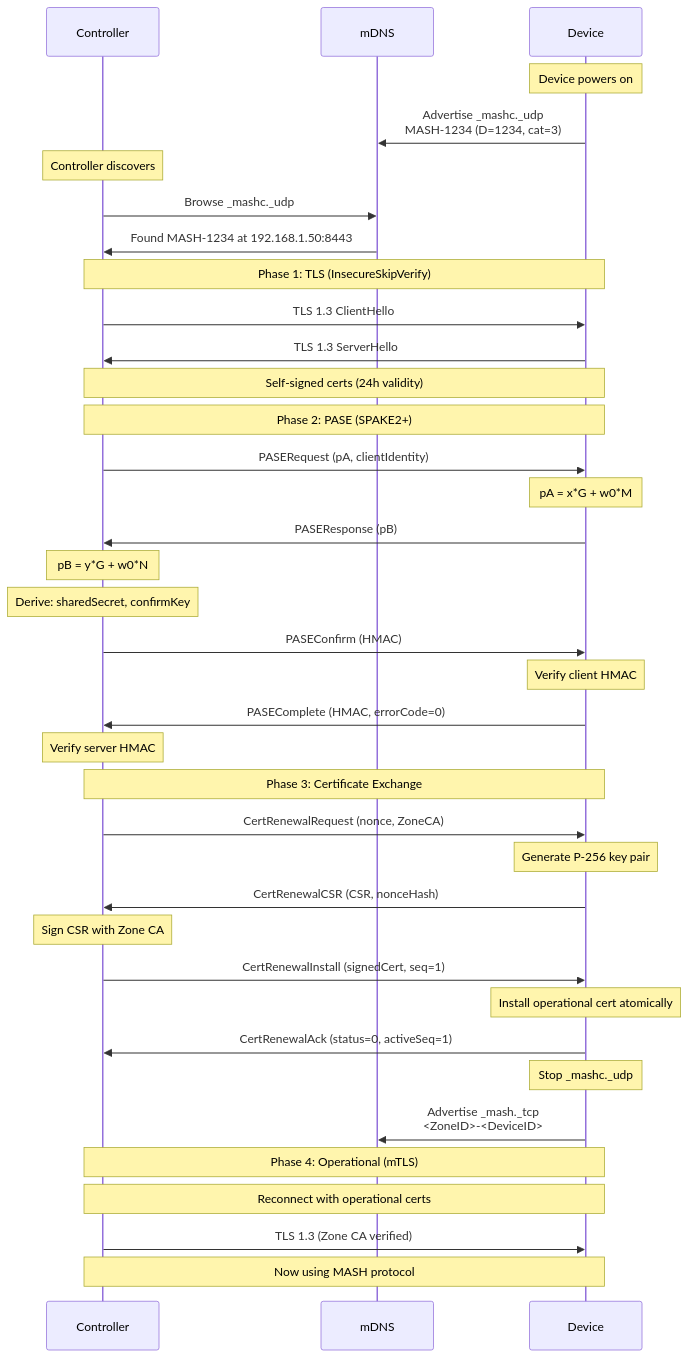
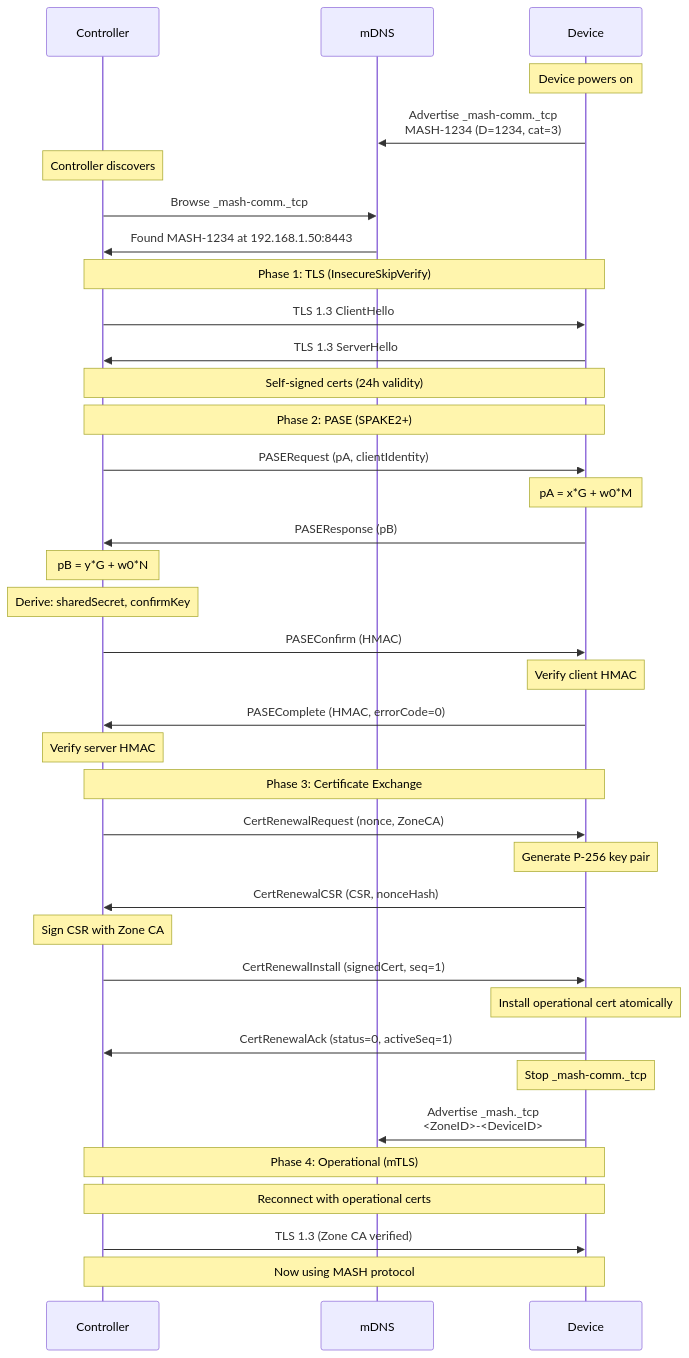
The tenth of 27 diagrams in docs/stack-architecture.md (DerAndereAndi/mash), drawn with Mermaid before and after one commit. The commit also changed other lines of this file and 12 other files, not shown here.

````diff
--- a/docs/stack-architecture.md
+++ b/docs/stack-architecture.md
@@ -663,46 +663,46 @@
 ```mermaid
 sequenceDiagram
     participant C as Controller
     participant DNS as mDNS
     participant D as Device
 
     Note over D: Device powers on
-    D->>DNS: Advertise _mashc._udp<br/>MASH-1234 (D=1234, cat=3)
+    D->>DNS: Advertise _mash-comm._tcp<br/>MASH-1234 (D=1234, cat=3)
 
     Note over C: Controller discovers
-    C->>DNS: Browse _mashc._udp
+    C->>DNS: Browse _mash-comm._tcp
     DNS->>C: Found MASH-1234 at 192.168.1.50:8443
 
     Note over C,D: Phase 1: TLS (InsecureSkipVerify)
     C->>D: TLS 1.3 ClientHello
     D->>C: TLS 1.3 ServerHello
     Note over C,D: Self-signed certs (24h validity)
 
     Note over C,D: Phase 2: PASE (SPAKE2+)
     C->>D: PASERequest (pA, clientIdentity)
     Note over D: pA = x*G + w0*M
     D->>C: PASEResponse (pB)
     Note over C: pB = y*G + w0*N
     Note over C: Derive: sharedSecret, confirmKey
     C->>D: PASEConfirm (HMAC)
     Note over D: Verify client HMAC
     D->>C: PASEComplete (HMAC, errorCode=0)
     Note over C: Verify server HMAC
 
     Note over C,D: Phase 3: Certificate Exchange
     C->>D: CertRenewalRequest (nonce, ZoneCA)
     Note over D: Generate P-256 key pair
     D->>C: CertRenewalCSR (CSR, nonceHash)
     Note over C: Sign CSR with Zone CA
     C->>D: CertRenewalInstall (signedCert, seq=1)
     Note over D: Install operational cert atomically
     D->>C: CertRenewalAck (status=0, activeSeq=1)
 
-    Note over D: Stop _mashc._udp
+    Note over D: Stop _mash-comm._tcp
     D->>DNS: Advertise _mash._tcp<br/><ZoneID>-<DeviceID>
 
     Note over C,D: Phase 4: Operational (mTLS)
     Note over C,D: Reconnect with operational certs
     C->>D: TLS 1.3 (Zone CA verified)
     Note over C,D: Now using MASH protocol
 ```
````
